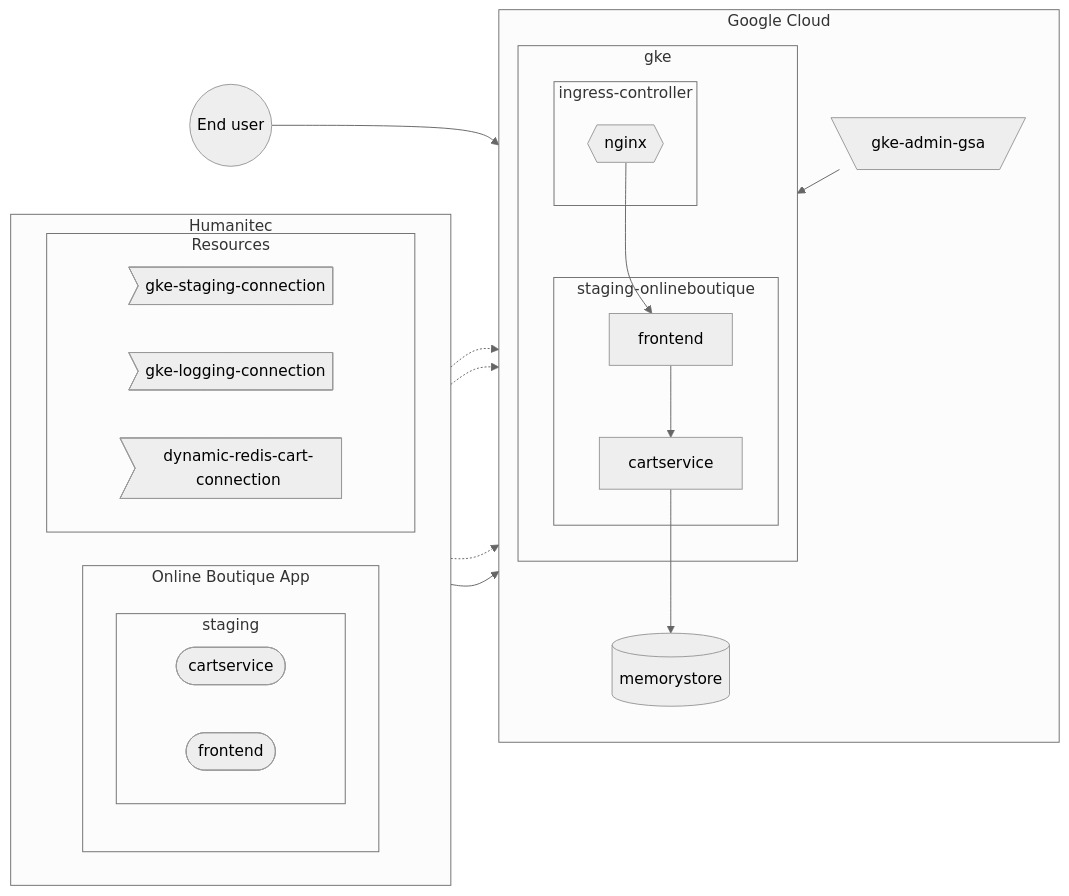
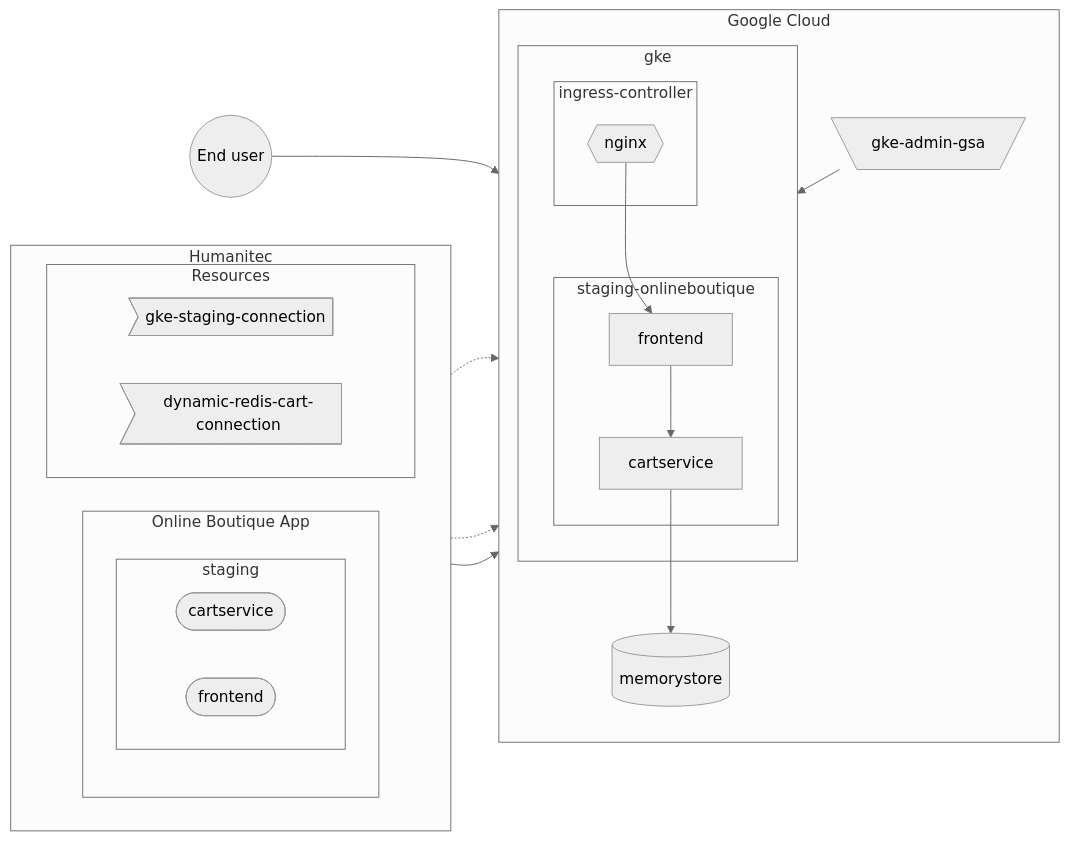
Before and after one commit to Humanitec-DemoOrg/onlineboutique-demo: the third of 4 diagrams in docs/README.md, drawn with Mermaid (neutral theme). The commit also changed other lines of this file and 11 other files, not shown here.

````diff
--- a/docs/README.md
+++ b/docs/README.md
@@ -60,38 +59,36 @@
 ```mermaid
 flowchart LR
   subgraph Humanitec
     direction LR
     subgraph onlineboutique-app [Online Boutique App]
       subgraph staging
         direction LR
         cartservice-workload([cartservice])
         frontend-workload([frontend])
       end
     end
     subgraph Resources
         gke-staging-connection>gke-staging-connection]
-        gke-logging-connection>gke-logging-connection]
         dynamic-redis-cart-connection>dynamic-redis-cart-connection]
     end
   end
   subgraph Google Cloud
     direction TB
     subgraph gke
         subgraph ingress-controller
             nginx{{nginx}}
         end
         subgraph staging-onlineboutique
             frontend-->cartservice
         end
         nginx-->frontend
     end
     gke-admin-gsa[\gke-admin-gsa/]
     gke-staging-connection-.->gke-admin-gsa
-    gke-logging-connection-.->gke-admin-gsa
     gke-admin-gsa-->gke
     dynamic-redis-cart-connection-.->memorystore[(memorystore)]
     onlineboutique-app-->staging-onlineboutique
     cartservice-->memorystore
   end
   enduser((End user))-->nginx
 ```
````
